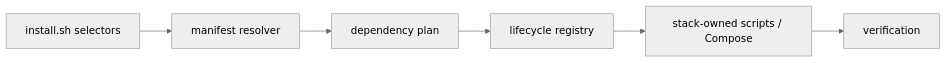
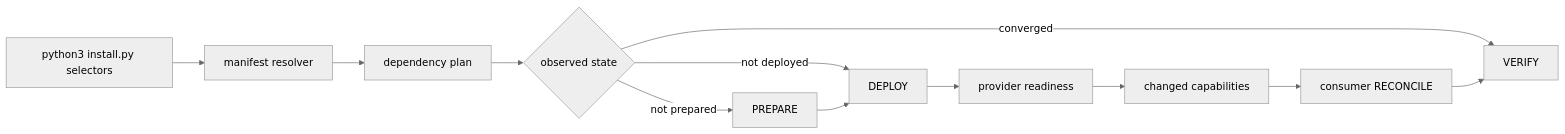
One commit to ea1het/local_hybrid_ai changed the second of 4 diagrams in INSTALLATION.md. Above: the diagram before and after it, drawn with Mermaid (neutral theme). The commit also changed other lines of this file, not shown here.

Commit message:
docs: document installer v1 execution and readiness gates

````diff
--- a/INSTALLATION.md
+++ b/INSTALLATION.md
@@ -62,8 +65,14 @@
 ```mermaid
 flowchart LR
-    CLI[install.sh selectors] --> M[manifest resolver]
+    CLI[python3 install.py selectors] --> M[manifest resolver]
     M --> P[dependency plan]
-    P --> L[lifecycle registry]
-    L --> S[stack-owned scripts / Compose]
-    S --> V[verification]
+    P --> S{observed state}
+    S -->|not prepared| PREP[PREPARE]
+    S -->|not deployed| DEP[DEPLOY]
+    PREP --> DEP
+    DEP --> RDY[provider readiness]
+    RDY --> CAP[changed capabilities]
+    CAP --> REC[consumer RECONCILE]
+    S -->|converged| V[VERIFY]
+    REC --> V
 ```
````
